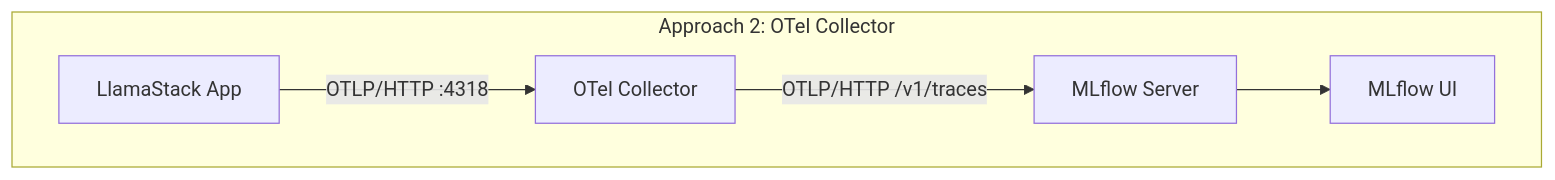
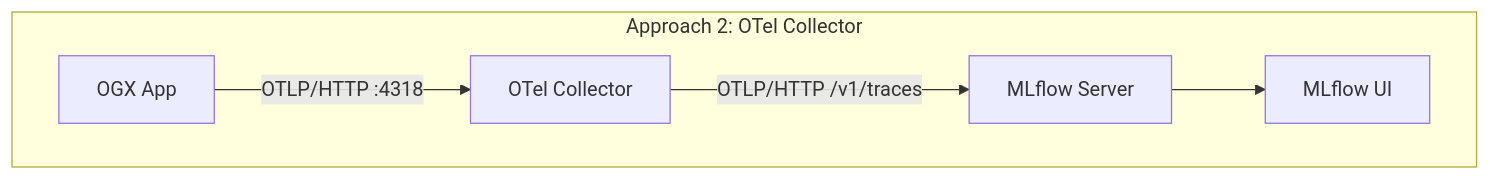
The second of 6 diagrams in docs/blog/2026-04-06-mlflow-observability.md (skamenan7/llama-stack), drawn with Mermaid before and after one commit. The commit also changed other lines of this file and 2206 other files, not shown here.

First line of the commit message:
chore!: rename project from llama-stack to ogx (#5613)

````diff
--- a/docs/blog/2026-04-06-mlflow-observability.md
+++ b/docs/blog/2026-04-06-mlflow-observability.md
@@ -45,8 +45,8 @@
 ```mermaid
 graph TB
     subgraph "Approach 2: OTel Collector"
-        A2[LlamaStack App] -->|OTLP/HTTP :4318| C[OTel Collector]
+        A2[OGX App] -->|OTLP/HTTP :4318| C[OTel Collector]
         C -->|OTLP/HTTP /v1/traces| M2[MLflow Server]
         M2 --> U2[MLflow UI]
     end
 ```
````
